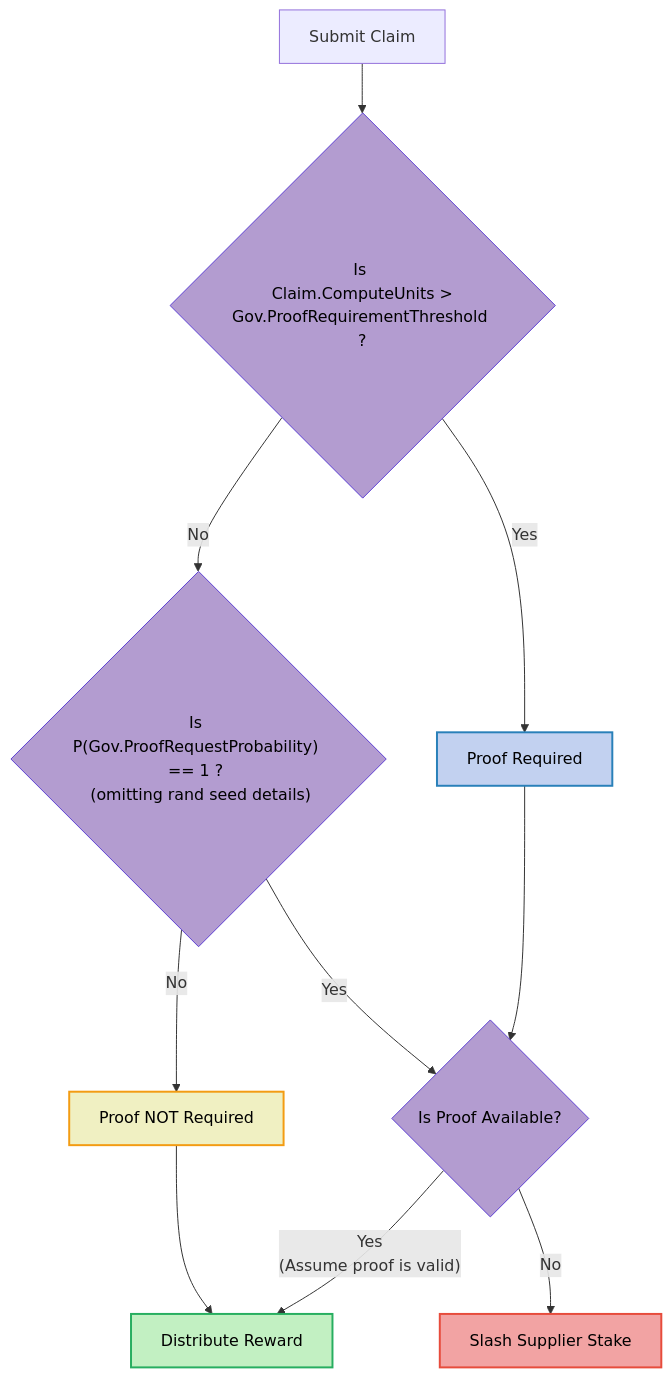
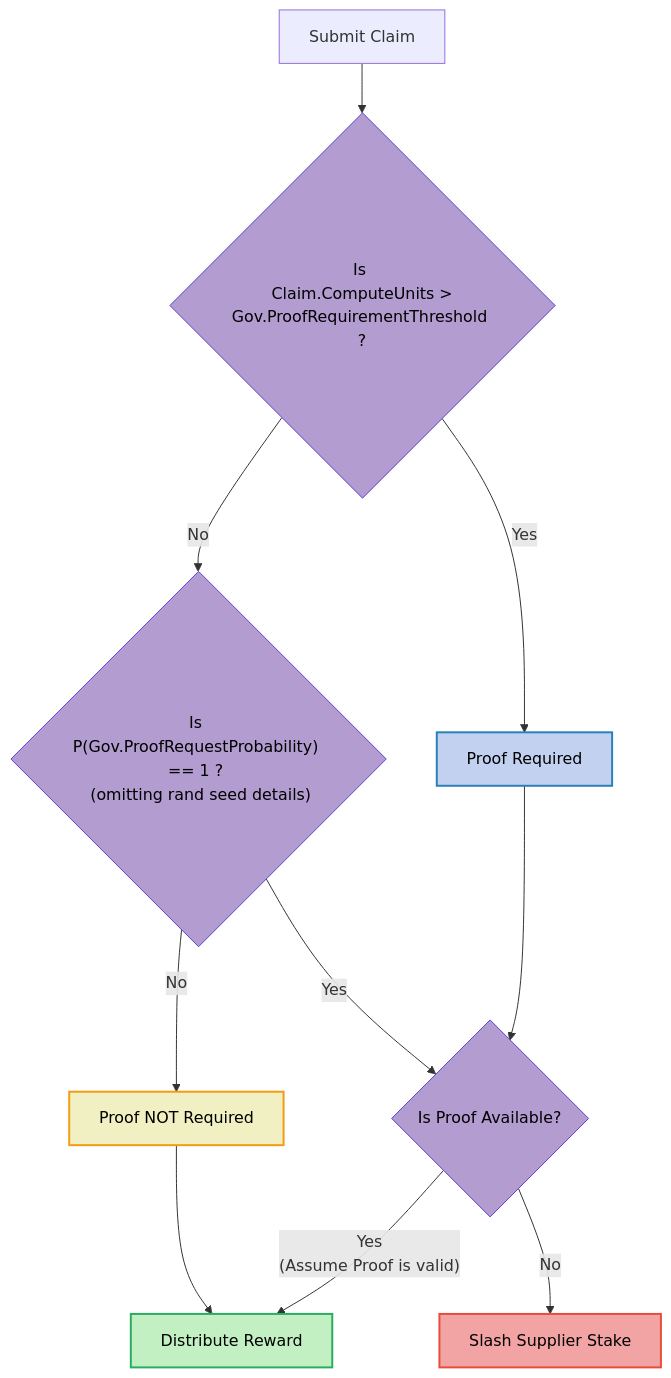
Before and after one commit to pokt-network/poktroll: the diagram in docusaurus/docs/protocol/primitives/probabilistic_proofs.md, drawn with Mermaid. The commit also changed other lines of this file and 6 other files, not shown here.

````diff
--- a/docusaurus/docs/protocol/primitives/probabilistic_proofs.md
+++ b/docusaurus/docs/protocol/primitives/probabilistic_proofs.md
@@ -82,37 +118,37 @@
 ```mermaid
 flowchart TD
     DR[Distribute Reward]
     SC[Submit Claim]
     PR[Proof Required]
     NP[Proof NOT Required]
     SLASH[Slash Supplier Stake]
 
     %% Is Claim Above Threshold
     ISCAT{ Is <br> Claim.ComputeUnits > Gov.ProofRequirementThreshold ? }
     %% Is Probabilistic Proof Required
     ISPPR{"Is P(Gov.ProofRequestProbability) == 1 ? <br> (omitting rand seed details)"}
     %% Is Proof Available
     ISPA{"Is Proof Available?"}
 
     SC --> ISCAT
 
     ISCAT --> |No| ISPPR
     ISCAT --> |Yes| PR
 
     ISPPR --> |No| NP
     ISPPR --> |Yes| ISPA
 
-    ISPA --> |"Yes<br>(Assume proof is valid)"| DR
+    ISPA --> |"Yes<br>(Assume Proof is valid)"| DR
     ISPA --> |No| SLASH
 
     PR --> ISPA
     NP --> DR
 
     style DR fill:#c2f0c2,stroke:#27ae60,stroke-width:2px,color:#000
     style SLASH fill:#f2a3a3,stroke:#e74c3c,stroke-width:2px,color:#000
     style NP fill:#f0f0c2,stroke:#f39c12,stroke-width:2px,color:#000
     style PR fill:#c2d1f0,stroke:#2980b9,stroke-width:2px,color:#000
 
     classDef decision fill:#B39CD0,stroke:#5D3FD3,color:#000;
     class ISCAT,ISPPR,ISPA decision;
 ```
````
